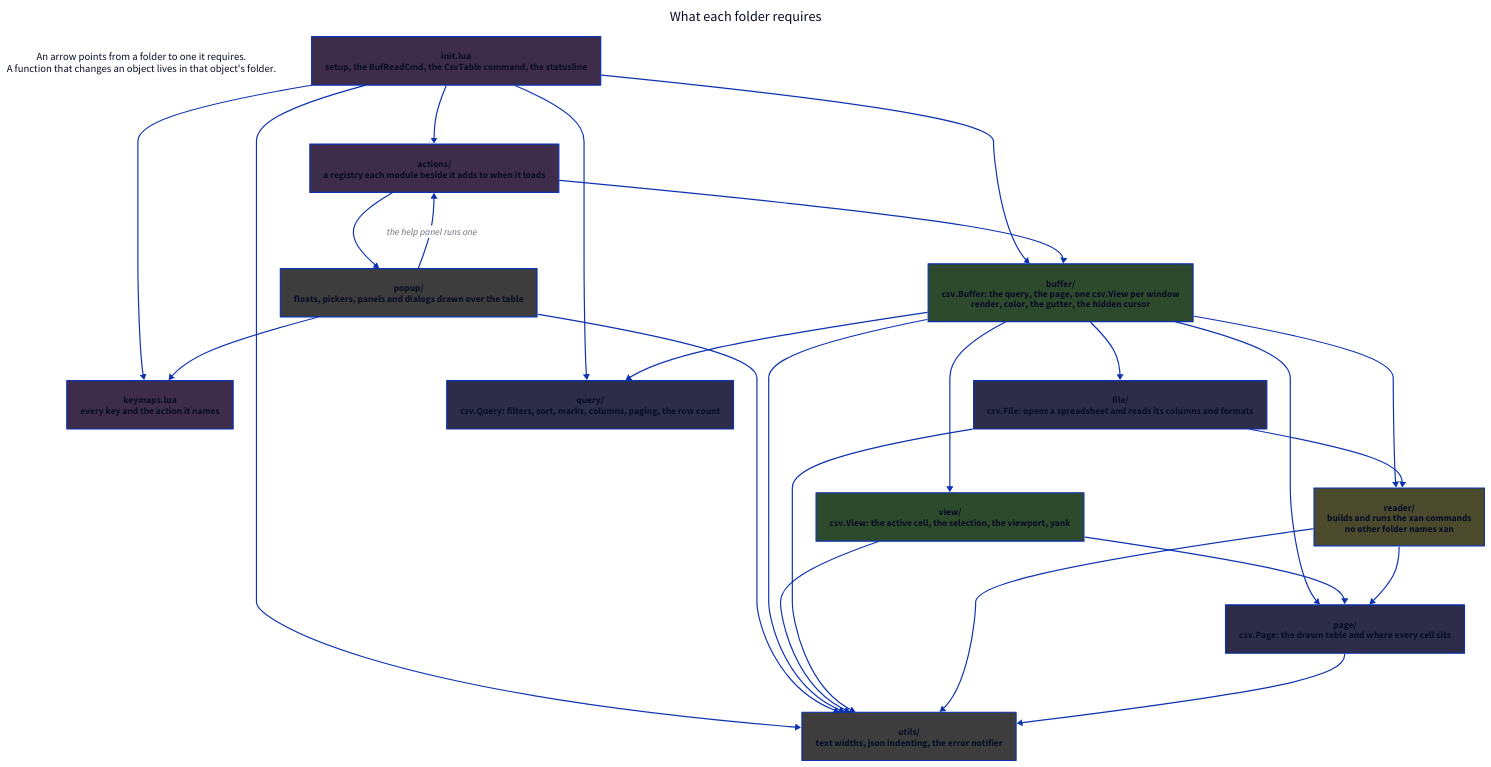
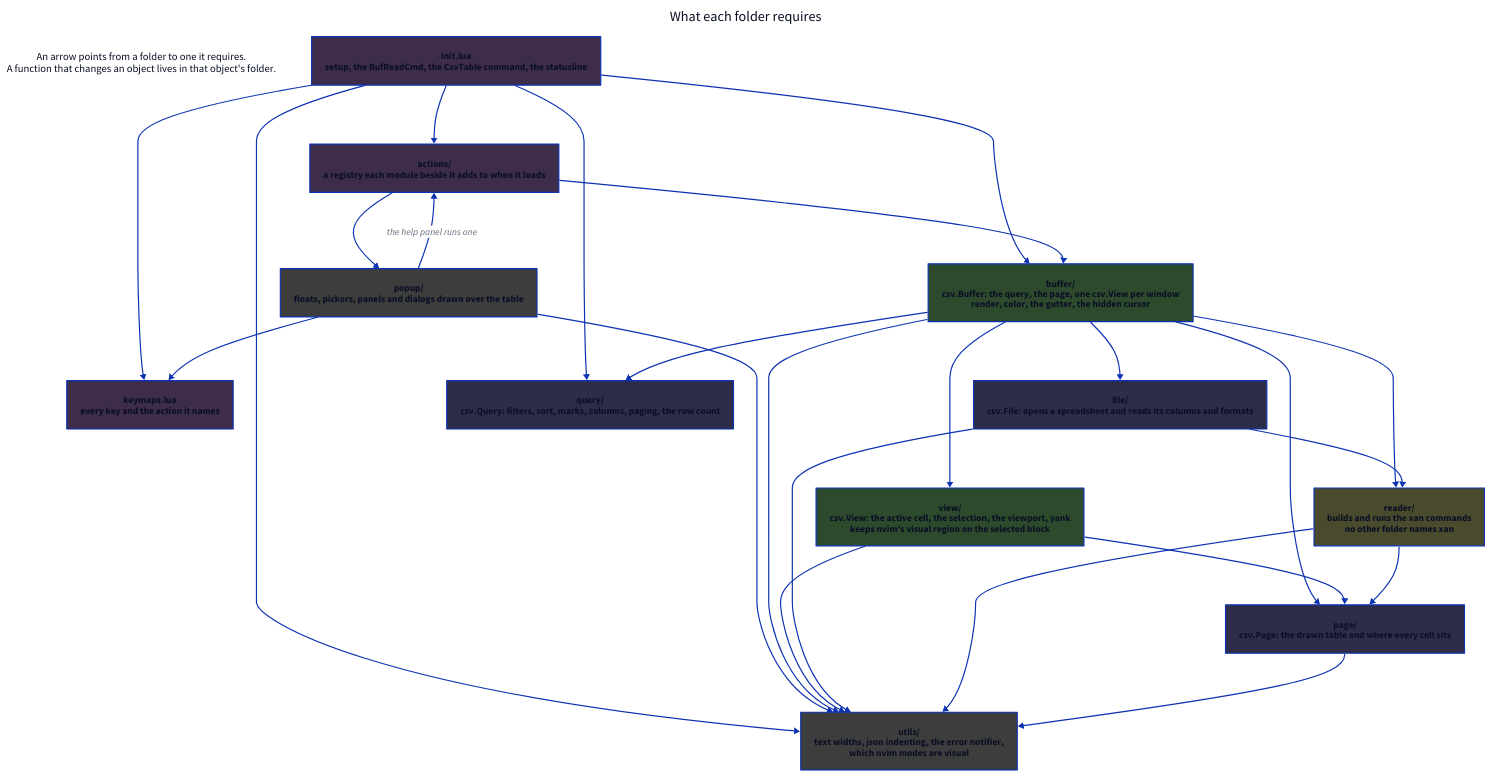
Before and after one commit to cseickel/csv-table.nvim: the diagram in docs/02-folders.d2, drawn with D2. The commit also changed 12 other files, not shown here.

First line of the commit message:
fix: exit visual mode for actions that don't shape the selection

```diff
--- a/docs/02-folders.d2
+++ b/docs/02-folders.d2
@@ -1,62 +1,62 @@
 direction: down
 
 title: What each folder requires {
   near: top-center
   shape: text
   style.font-size: 24
 }
 
 rule: "An arrow points from a folder to one it requires.\nA function that changes an object lives in that object's folder." {
   shape: text
   style.font-size: 18
 }
 
 classes: {
   entry: {style.fill: "#3d2d4a"}
   data: {style.fill: "#2d2d4a"}
   run: {style.fill: "#4a4a2d"}
   draw: {style.fill: "#2d4a2d"}
   ui: {style.fill: "#3d3d3d"}
 }
 
 init: "init.lua\nsetup, the BufReadCmd, the CsvTable command, the statusline" {class: entry}
 keymaps: "keymaps.lua\nevery key and the action it names" {class: entry}
 actions: "actions/\na registry each module beside it adds to when it loads" {class: entry}
 
 popup: "popup/\nfloats, pickers, panels and dialogs drawn over the table" {class: ui}
 buffer: "buffer/\ncsv.Buffer: the query, the page, one csv.View per window\nrender, color, the gutter, the hidden cursor" {class: draw}
-view: "view/\ncsv.View: the active cell, the selection, the viewport, yank" {class: draw}
+view: "view/\ncsv.View: the active cell, the selection, the viewport, yank\nkeeps nvim's visual region on the selected block" {class: draw}
 
 file: "file/\ncsv.File: opens a spreadsheet and reads its columns and formats" {class: data}
 query: "query/\ncsv.Query: filters, sort, marks, columns, paging, the row count" {class: data}
 reader: "reader/\nbuilds and runs the xan commands\nno other folder names xan" {class: run}
 page: "page/\ncsv.Page: the drawn table and where every cell sits" {class: data}
-utils: "utils/\ntext widths, json indenting, the error notifier" {class: ui}
+utils: "utils/\ntext widths, json indenting, the error notifier,\nwhich nvim modes are visual" {class: ui}
 
 init -> actions
 init -> buffer
 init -> keymaps
 init -> query
 init -> utils
 
 actions -> buffer
 actions -> popup
 popup -> actions: the help panel runs one
 popup -> keymaps
 popup -> utils
 
 buffer -> file
 buffer -> query
 buffer -> page
 buffer -> reader
 buffer -> utils
 buffer -> view
 
 view -> page
 view -> utils
 
 file -> reader
 file -> utils
 reader -> page
 reader -> utils
 page -> utils
```
